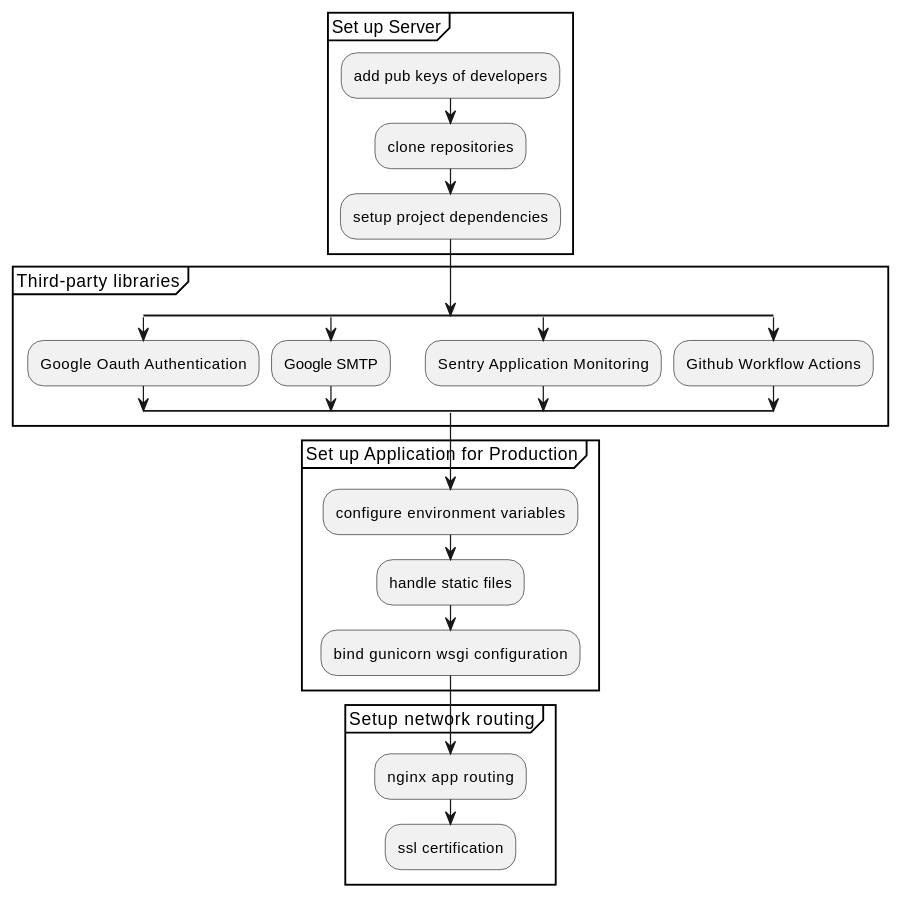
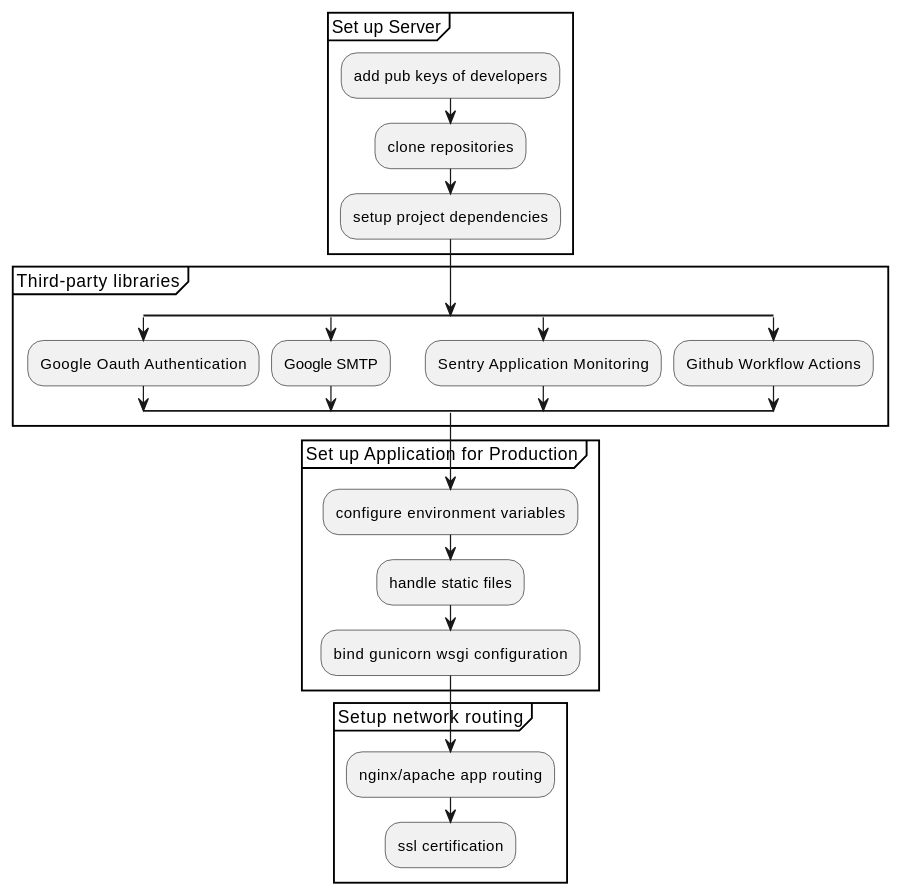
The diagram in {{cookiecutter.project_slug}}/docs/deployment-settings.rst (codematsing/cookiecutter-django), drawn with PlantUML before and after one commit. The commit also changed other lines of this file and 59 other files, not shown here.

```diff
--- a/{{cookiecutter.project_slug}}/docs/deployment-settings.rst
+++ b/{{cookiecutter.project_slug}}/docs/deployment-settings.rst
@@ -5,27 +5,27 @@
 .. uml::
 
     partition "Set up Server" {
         :add pub keys of developers;
         :clone repositories;
         :setup project dependencies;
     }
     partition "Third-party libraries" {
         split
             :Google Oauth Authentication;
         split again
             :Google SMTP;
         split again
             :Sentry Application Monitoring;
         split again
             :Github Workflow Actions;
         split end
     }
     partition "Set up Application for Production" {
         :configure environment variables;
         :handle static files;
         :bind gunicorn wsgi configuration;
     }
     partition "Setup network routing" {
-        :nginx app routing;
+        :nginx/apache app routing;
         :ssl certification;
     }
```
